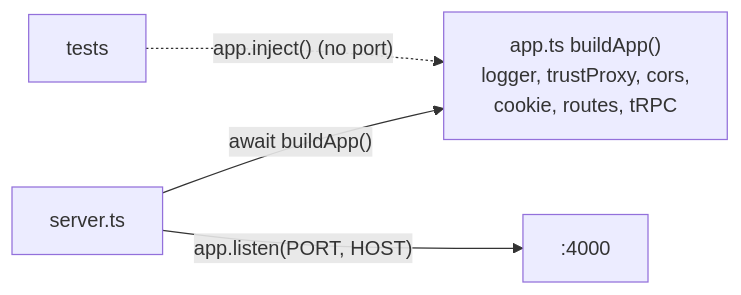
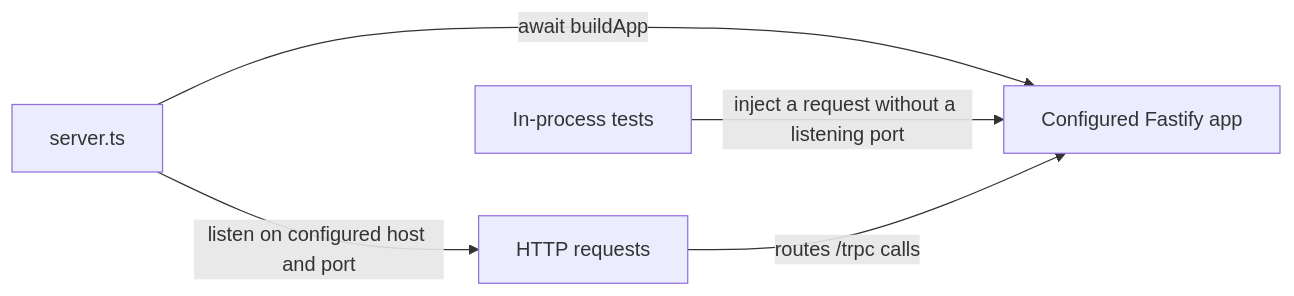
The diagram in docs/handbook/concepts/fastify-app.md (maheshnd/minitickets), drawn with Mermaid before and after one commit. The commit also changed other lines of this file and 119 other files, not shown here.

````diff
--- a/docs/handbook/concepts/fastify-app.md
+++ b/docs/handbook/concepts/fastify-app.md
@@ -19,6 +18,7 @@
 ```mermaid
 flowchart LR
-    server["server.ts"] -->|"await buildApp()"| build["app.ts buildApp()<br/>logger, trustProxy, cors,<br/>cookie, routes, tRPC"]
-    server -->|"app.listen(PORT, HOST)"| port[":4000"]
-    test["tests"] -.->|"app.inject() (no port)"| build
+process["server.ts"] -->|"await buildApp"| app["Configured Fastify app"]
+    process -->|"listen on configured host and port"| network["HTTP requests"]
+    tests["In-process tests"] -->|"inject a request without a listening port"| app
+    network -->|"routes /trpc calls"| app
 ```
````
